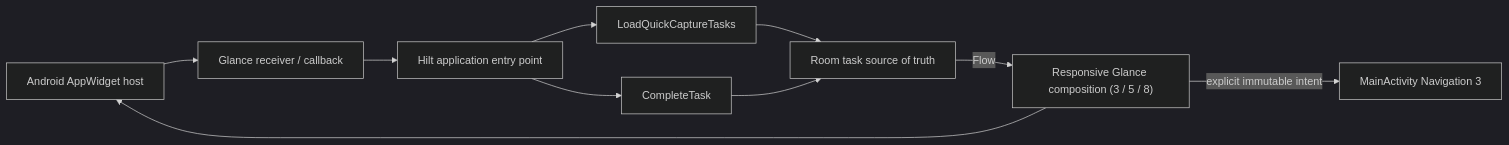
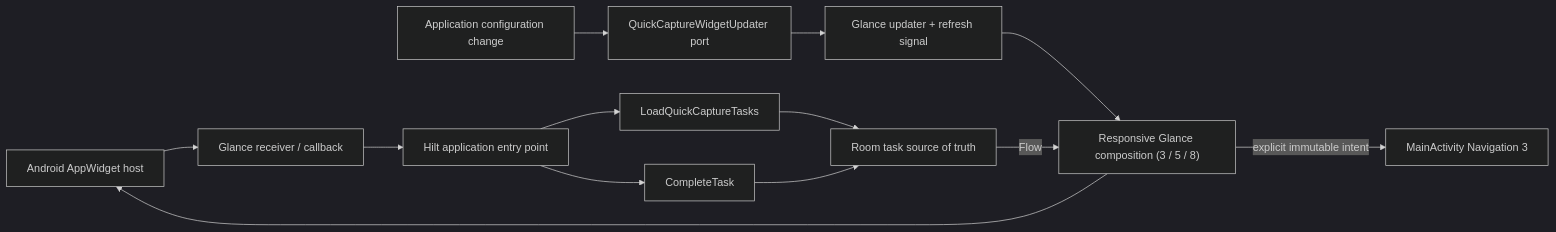
One commit to nadar71/Todotaskertimer_02 changed the second of 2 diagrams in docs/architecture/data-flow.md. Above: the diagram before and after it, drawn with Mermaid (dark theme). The commit also changed other lines of this file and 30 other files, not shown here.

Commit message:
fix: harden quick capture completion and refresh

````diff
--- a/docs/architecture/data-flow.md
+++ b/docs/architecture/data-flow.md
@@ -98,12 +98,15 @@
 ```mermaid
 flowchart LR
     Host["Android AppWidget host"] --> Receiver["Glance receiver / callback"]
     Receiver --> EntryPoint["Hilt application entry point"]
     EntryPoint --> Load["LoadQuickCaptureTasks"]
     EntryPoint --> Complete["CompleteTask"]
+    Config["Application configuration change"] --> Updater["QuickCaptureWidgetUpdater port"]
+    Updater --> Adapter["Glance updater + refresh signal"]
+    Adapter --> Widget
     Load --> Room["Room task source of truth"]
     Complete --> Room
     Room -->|Flow| Widget["Responsive Glance composition (3 / 5 / 8)"]
     Widget --> Host
     Widget -->|explicit immutable intent| Activity["MainActivity Navigation 3"]
 ```
````
